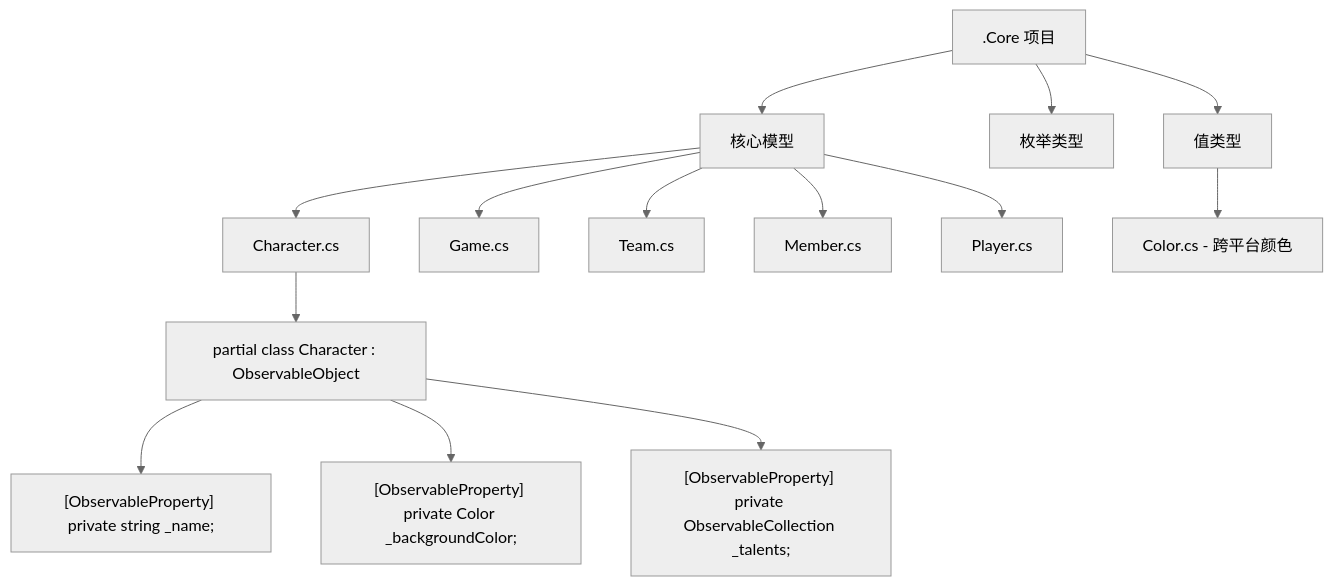
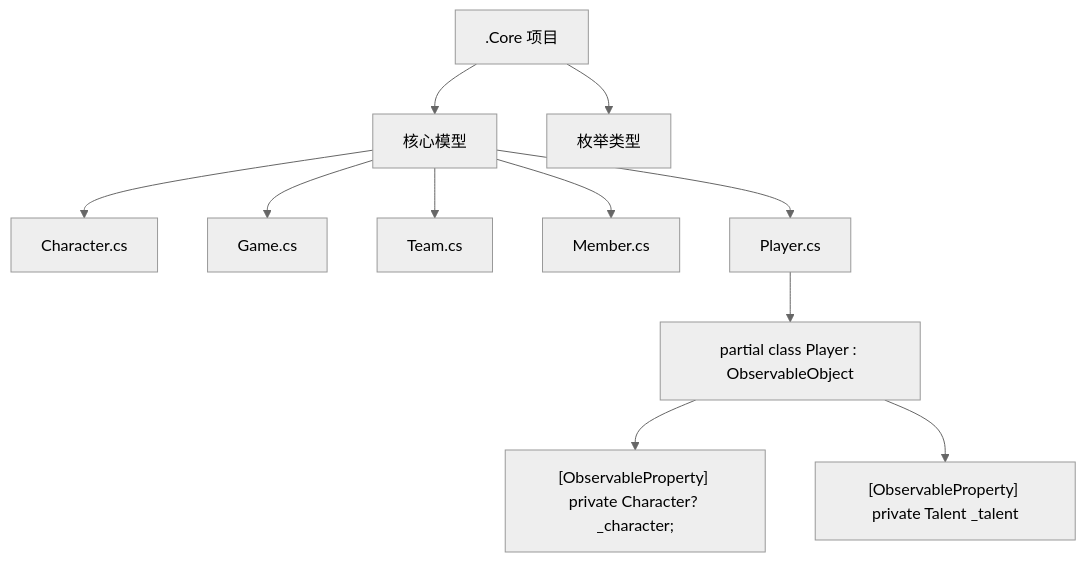
The first of 3 diagrams in docs/开发文档/(新) 核心数据流架构.md (PLFJY/neo-bpsys-docs), drawn with Mermaid (neutral theme) before and after one commit. The commit also changed other lines of this file, not shown here.

````diff
--- a/docs/开发文档/(新) 核心数据流架构.md
+++ b/docs/开发文档/(新) 核心数据流架构.md
@@ -48,19 +48,15 @@
 ```mermaid
 flowchart TD
     A[.Core 项目] --> B[核心模型]
     A --> C[枚举类型]
-    A --> D[值类型]
     
     B --> B1[Character.cs]
     B --> B2[Game.cs]
     B --> B3[Team.cs]
     B --> B4[Member.cs]
     B --> B5[Player.cs]
     
-    D --> D1[Color.cs - 跨平台颜色]
-    
-    B1 --> B11["partial class Character : ObservableObject"]
-    B11 --> B111["[ObservableProperty] private string _name;"]
-    B11 --> B112["[ObservableProperty] private Color _backgroundColor;"]
-    B11 --> B113["[ObservableProperty] private ObservableCollection<Talent> _talents;"]
+    B5 --> B51["partial class Player : ObservableObject"]
+    B51 --> B511["[ObservableProperty] private Character? _character;"]
+    B51 --> B512["[ObservableProperty] private Talent _talent"]
 ```
````
